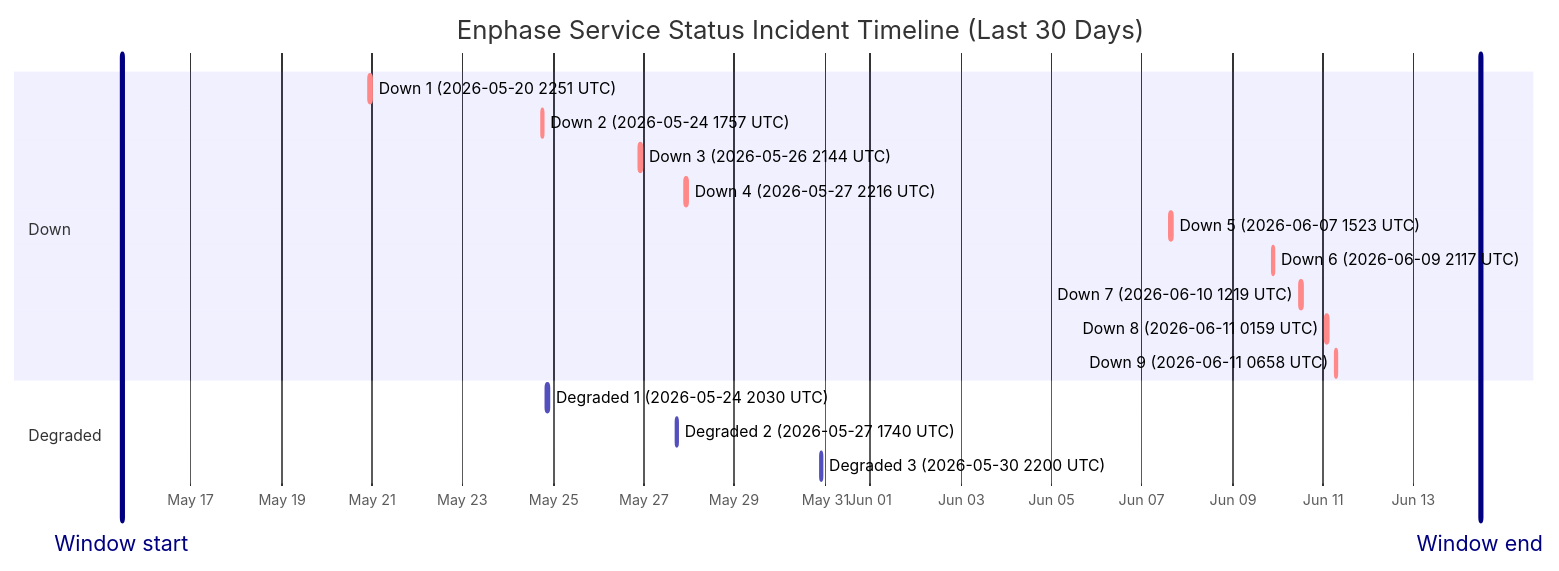
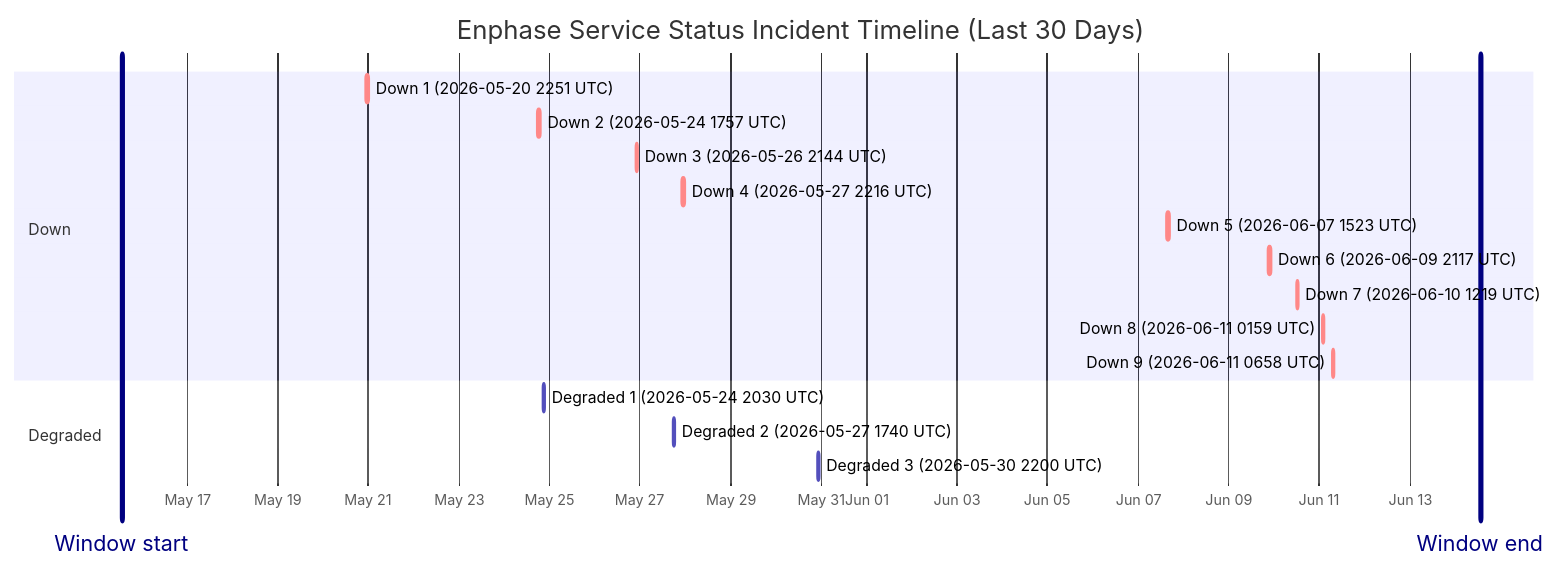
One commit to barneyonline/ha-enphase-energy changed the diagram in wiki/Service-Status-History.md. Above: the diagram before and after it, drawn with Mermaid. The commit also changed other lines of this file and 3 other files, not shown here.

````diff
--- a/wiki/Service-Status-History.md
+++ b/wiki/Service-Status-History.md
@@ -14,22 +14,22 @@
 ```mermaid
 gantt
     title Enphase Service Status Incident Timeline (Last 30 Days)
     dateFormat  YYYY-MM-DDTHH:mm:ss
     axisFormat  %b %d
-    Window start :vert, window-start, 2026-05-15T11:29:36, 0ms
-    Window end :vert, window-end, 2026-06-14T11:29:36, 0ms
+    Window start :vert, window-start, 2026-05-15T13:16:15, 0ms
+    Window end :vert, window-end, 2026-06-14T13:16:15, 0ms
     section Down
     Down 1 (2026-05-20 2251 UTC) :crit, down-1, 2026-05-20T22:51:14, 75m
     Down 2 (2026-05-24 1757 UTC) :crit, down-2, 2026-05-24T17:57:41, 86m
     Down 3 (2026-05-26 2144 UTC) :crit, down-3, 2026-05-26T21:44:11, 85m
     Down 4 (2026-05-27 2216 UTC) :crit, down-4, 2026-05-27T22:16:53, 87m
     Down 5 (2026-06-07 1523 UTC) :crit, down-5, 2026-06-07T15:23:22, 87m
     Down 6 (2026-06-09 2117 UTC) :crit, down-6, 2026-06-09T21:17:17, 60m
     Down 7 (2026-06-10 1219 UTC) :crit, down-7, 2026-06-10T12:19:21, 60m
     Down 8 (2026-06-11 0159 UTC) :crit, down-8, 2026-06-11T01:59:36, 60m
     Down 9 (2026-06-11 0658 UTC) :crit, down-9, 2026-06-11T06:58:45, 60m
     section Degraded
     Degraded 1 (2026-05-24 2030 UTC) :active, degraded-1, 2026-05-24T20:30:57, 84m
     Degraded 2 (2026-05-27 1740 UTC) :active, degraded-2, 2026-05-27T17:40:52, 60m
     Degraded 3 (2026-05-30 2200 UTC) :active, degraded-3, 2026-05-30T22:00:37, 60m
 ```
````
